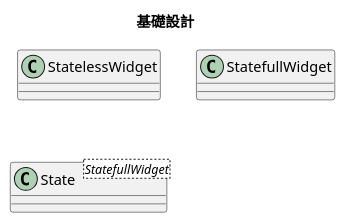
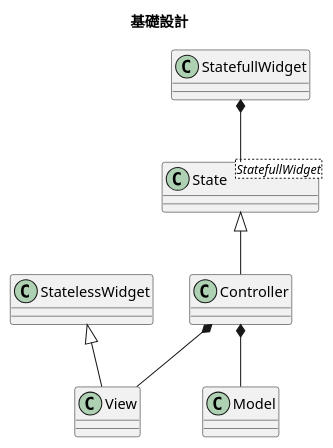
The diagram in specs/設計/基礎クラス図.pu (yobiya/short-bread), drawn with PlantUML before and after one commit.

Commit message:
各クラスの関連性を追記

```diff
--- a/specs/設計/基礎クラス図.pu
+++ b/specs/設計/基礎クラス図.pu
@@ -1,9 +1,18 @@
 @startuml
 
 title 基礎設計
 
 class StatelessWidget
 class StatefullWidget
 class State<StatefullWidget>
+class Model
+class View
+class Controller
+
+StatelessWidget <|-- View
+StatefullWidget *-- State
+State <|-- Controller
+Controller *-- Model
+Controller *-- View
 
 @enduml
```
